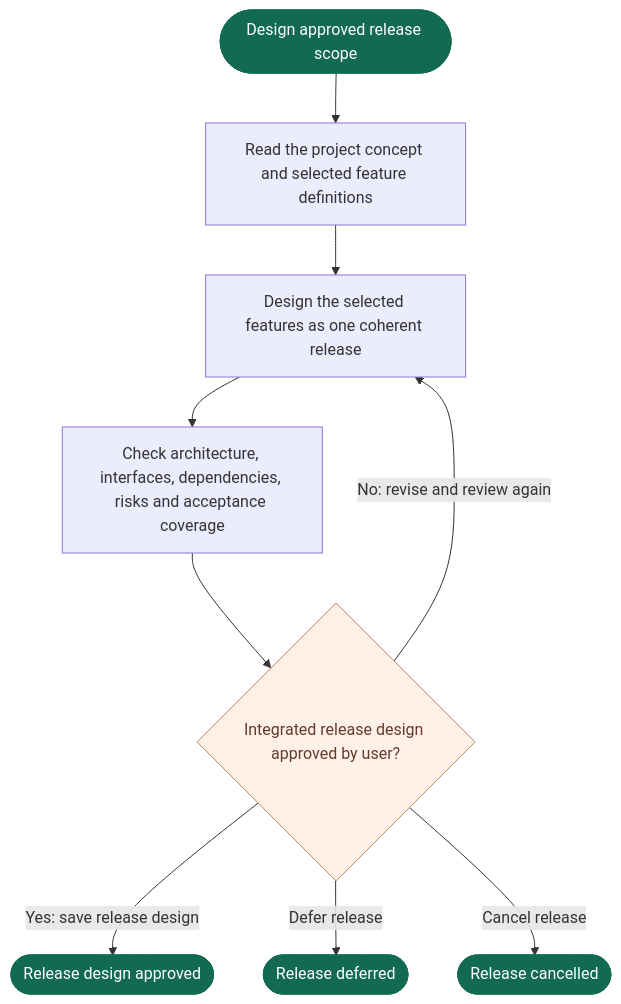
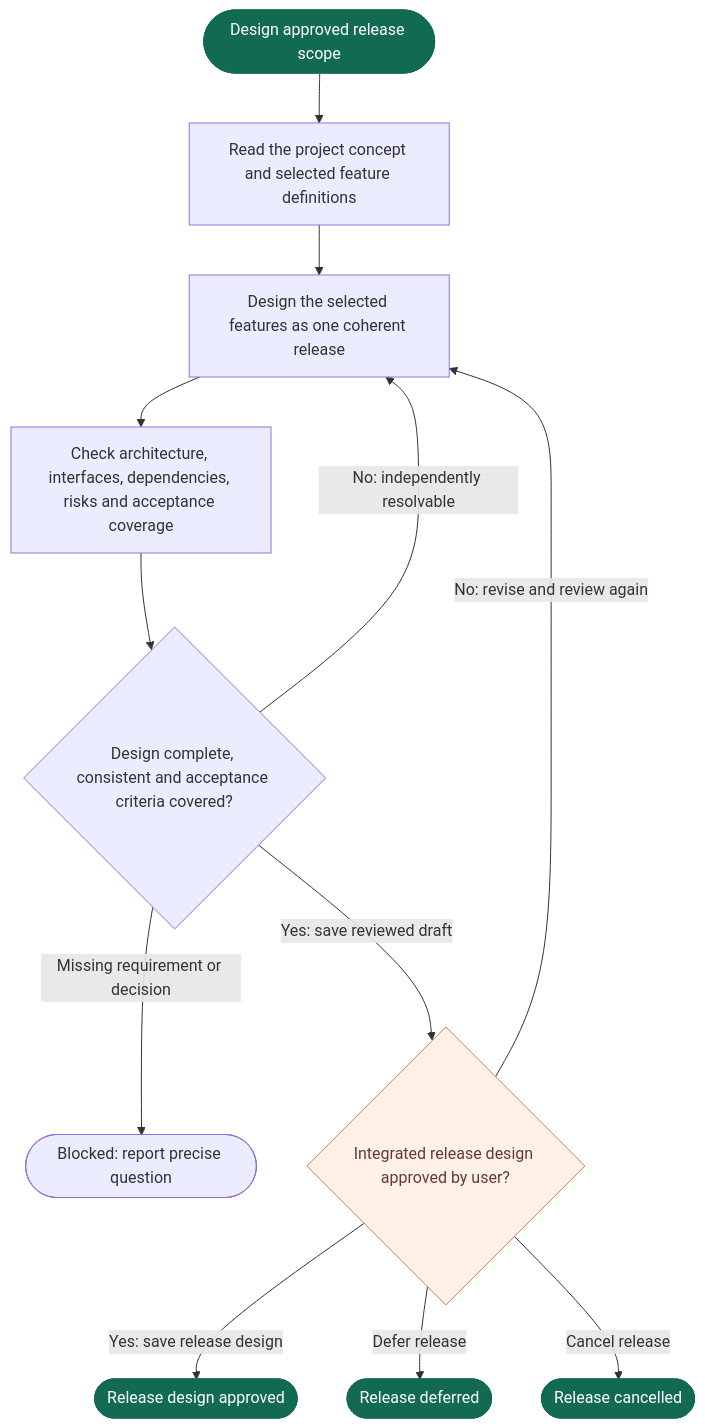
Before and after one commit to vanlangenlabs/vanlangenlabs-site: the diagram in docs/airflow/flows/design.mmd, drawn with Mermaid. The commit also changed 12 other files, not shown here.

Commit message:
refactor(airflow): load phase criteria incrementally

```diff
--- a/docs/airflow/flows/design.mmd
+++ b/docs/airflow/flows/design.mmd
@@ -1,28 +1,38 @@
 flowchart TD
     start([Design approved release scope]) --> inspect[Read the project concept and selected feature definitions]
 %% @airflow-context inspect
 %% Load the approved concept, the exact approved scope, and only the feature
 %% Definitions listed there. Do not design backlog items outside the scope.
 %% @end-airflow-context
     inspect --> integrate[Design the selected features as one coherent release]
 %% @airflow-context integrate
 %% Design how the selected features work together as one version: shared
 %% components, interfaces, dependencies, data flows, risks, rollout and test
 %% approach. Trace every feature acceptance criterion to the integrated Design.
 %% @end-airflow-context
     integrate --> review[Check architecture, interfaces, dependencies, risks and acceptance coverage]
-    review --> designApproval{Integrated release design approved by user?}
+    review --> quality{Design complete, consistent and acceptance criteria covered?}
+    quality -- No: independently resolvable --> integrate
+    quality -- Missing requirement or decision --> blocked([Blocked: report precise question])
+    quality -- Yes: save reviewed draft --> designApproval{Integrated release design approved by user?}
+%% @airflow-context review
+%% Inspect existing architecture and constraints. Check every acceptance criterion
+%% has a design mapping and verification approach; check interfaces, dependencies,
+%% failure paths, rollout and risks for contradictions or omissions. Correct
+%% in-scope gaps autonomously before requesting approval. Do not invent product
+%% requirements. Escalate unresolved decisions or lack of progress with evidence.
+%% @end-airflow-context
     designApproval -- No: revise and review again --> integrate
     designApproval -- Yes: save release design --> designReady([Release design approved])
 %% @airflow-context designApproval
 %% The human approves the integrated Design against the current scope digest.
 %% Bind approval to the exact Design digest and record evidence in `.air/index.md`.
 %% Material scope/design changes invalidate affected approvals per the contract.
 %% @end-airflow-context
     designApproval -- Defer release --> designDeferred([Release deferred])
     designApproval -- Cancel release --> designCancelled([Release cancelled])
 
     classDef boundary fill:#126a52,color:#ffffff,stroke:#126a52
     classDef approval fill:#fff0e8,color:#633b2c,stroke:#c68162
     class start,designReady,designDeferred,designCancelled boundary
     class designApproval approval
```
